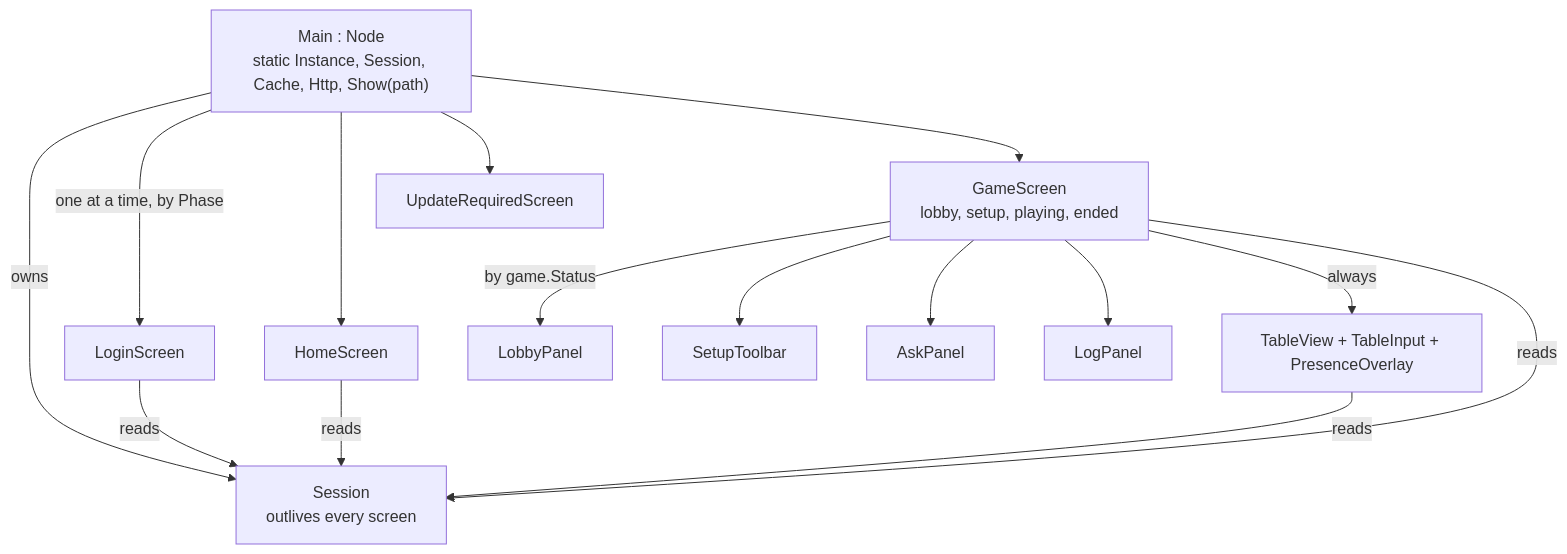
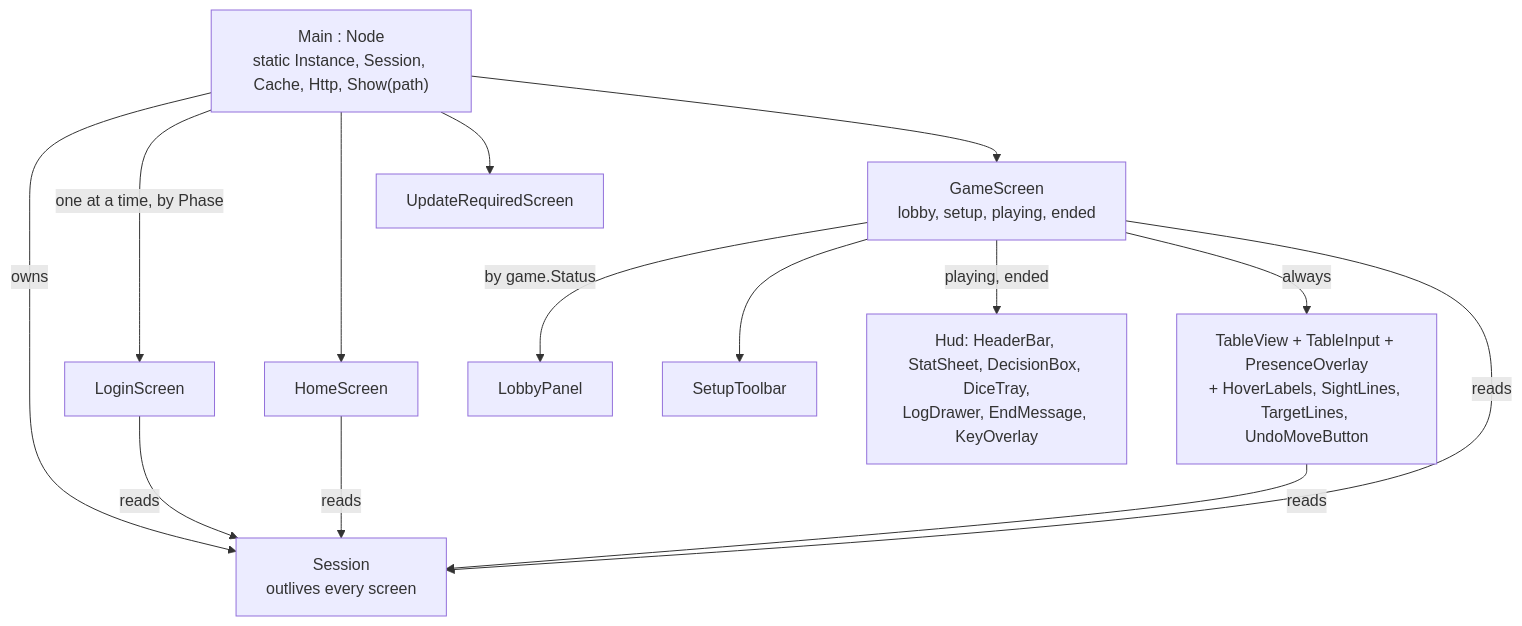
Before and after one commit to cstupi/tabletop: the second of 13 diagrams in docs/design/client/design.md, drawn with Mermaid. The commit also changed other lines of this file and 10 other files, not shown here.

````diff
--- a/docs/design/client/design.md
+++ b/docs/design/client/design.md
@@ -165,29 +166,27 @@
 ```mermaid
 flowchart TD
   main["Main : Node<br/>static Instance, Session, Cache, Http, Show(path)"]
   session["Session<br/>outlives every screen"]
   login["LoginScreen"]
   home["HomeScreen"]
   update["UpdateRequiredScreen"]
   gamescr["GameScreen<br/>lobby, setup, playing, ended"]
   lobby["LobbyPanel"]
   setup["SetupToolbar"]
-  ask["AskPanel"]
-  log["LogPanel"]
-  table["TableView + TableInput + PresenceOverlay"]
+  hud["Hud: HeaderBar, StatSheet, DecisionBox, DiceTray,<br/>LogDrawer, EndMessage, KeyOverlay"]
+  table["TableView + TableInput + PresenceOverlay<br/>+ HoverLabels, SightLines, TargetLines, UndoMoveButton"]
 
   main -- owns --> session
   main -- "one at a time, by Phase" --> login
   main --> home
   main --> update
   main --> gamescr
   gamescr -- "by game.Status" --> lobby
   gamescr --> setup
-  gamescr --> ask
-  gamescr --> log
+  gamescr -- "playing, ended" --> hud
   gamescr -- "always" --> table
   login -- reads --> session
   home -- reads --> session
   gamescr -- reads --> session
   table -- reads --> session
 ```
````
